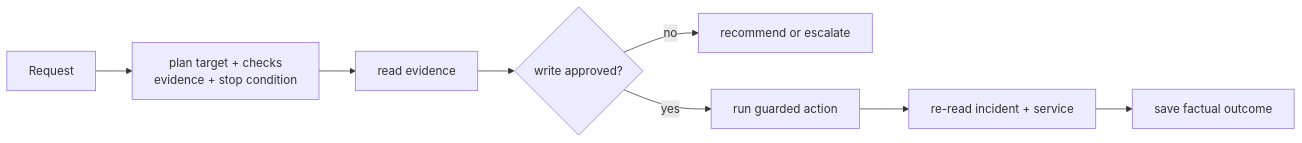
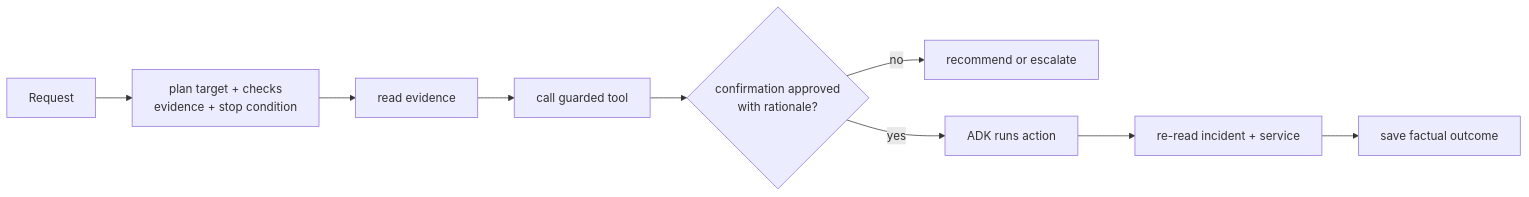
Before and after one commit to LuiGGi629/agentops-open-course: the first of 3 diagrams in docs/2. Agents/2.3. Instructions.md, drawn with Mermaid. The commit also changed 19 other files, not shown here.

````diff
--- a/docs/2. Agents/2.3. Instructions.md
+++ b/docs/2. Agents/2.3. Instructions.md
@@ -103,10 +103,11 @@
 ```mermaid
 flowchart LR
     Request --> Plan["plan target + checks<br/>evidence + stop condition"]
     Plan --> Investigate["read evidence"]
-    Investigate --> Approve{"write approved?"}
+    Investigate --> RequestWrite["call guarded tool"]
+    RequestWrite --> Approve{"confirmation approved<br/>with rationale?"}
     Approve -->|no| Recommend["recommend or escalate"]
-    Approve -->|yes| Act["run guarded action"]
+    Approve -->|yes| Act["ADK runs action"]
     Act --> Verify["re-read incident + service"]
     Verify --> Save["save factual outcome"]
 ```
````
